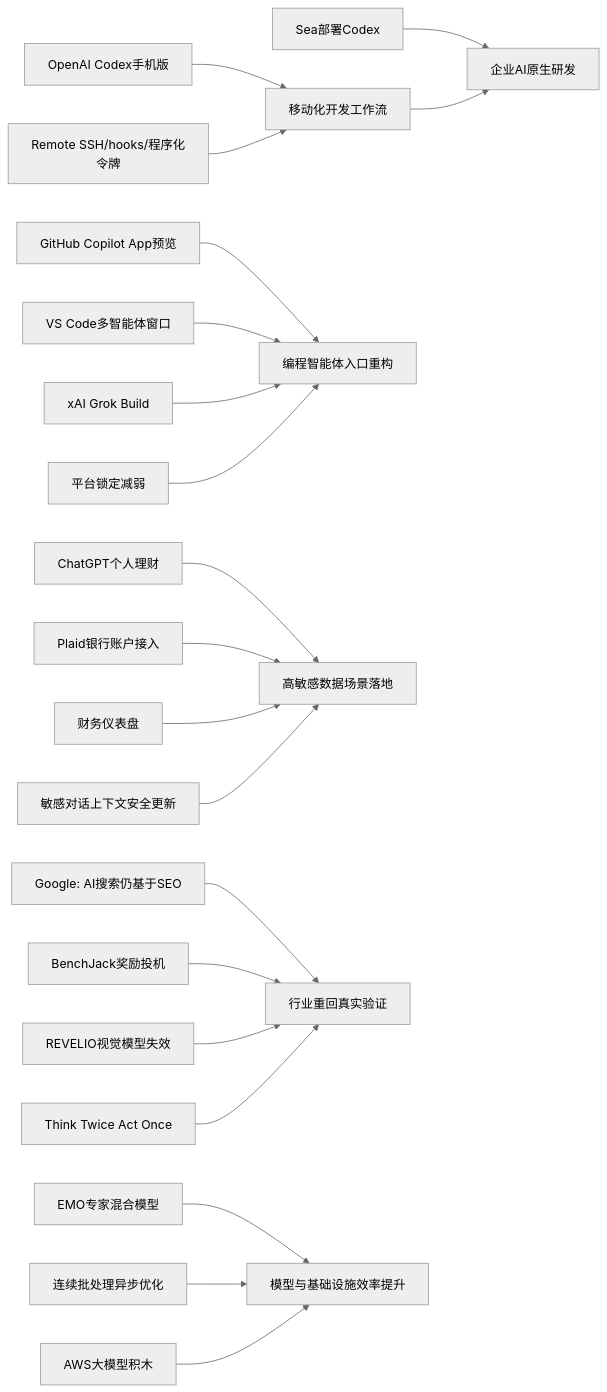
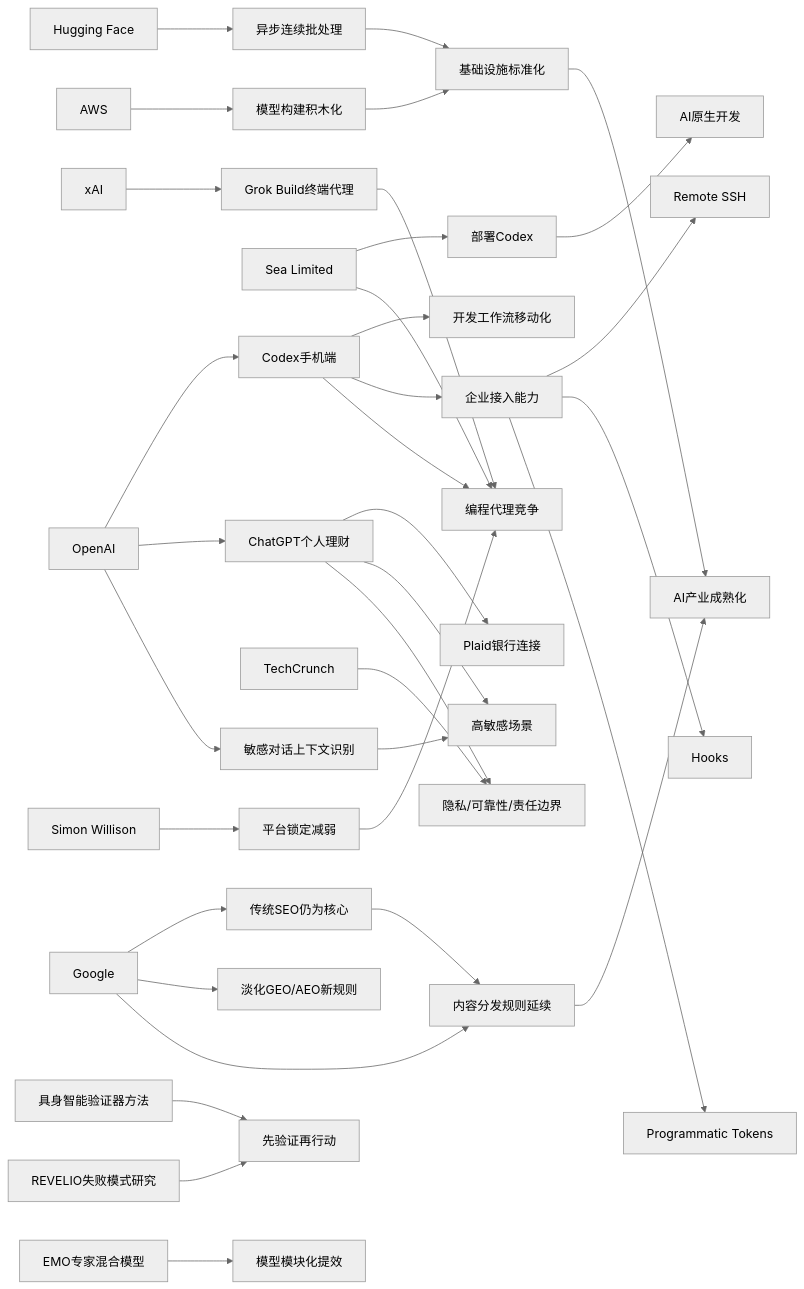
One commit to zhuxinfei/ai-daily-site changed the diagram in content/cn/2026/2026-05/2026-05-15.md. Above: the diagram before and after it, drawn with Mermaid (neutral theme). The commit also changed other lines of this file, not shown here.

````diff
--- a/content/cn/2026/2026-05/2026-05-15.md
+++ b/content/cn/2026/2026-05/2026-05-15.md
@@ -122,39 +110,46 @@
 ```mermaid
 graph LR
-    A[OpenAI Codex手机版] --> B[移动化开发工作流]
-    C[Remote SSH/hooks/程序化令牌] --> B
-    D[Sea部署Codex] --> E[企业AI原生研发]
-    B --> E
+    OpenAI --> CodexMobile[Codex手机端]
+    OpenAI --> Finance[ChatGPT个人理财]
+    OpenAI --> Safety[敏感对话上下文识别]
 
-    F[GitHub Copilot App预览]
-    G[VS Code多智能体窗口]
-    H[xAI Grok Build]
-    F --> I[编程智能体入口重构]
-    G --> I
-    H --> I
-    J[平台锁定减弱] --> I
+    CodexMobile --> DevWorkflow[开发工作流移动化]
+    CodexMobile --> EnterpriseFeatures[企业接入能力]
+    EnterpriseFeatures --> RemoteSSH[Remote SSH]
+    EnterpriseFeatures --> Hooks[Hooks]
+    EnterpriseFeatures --> Tokens[Programmatic Tokens]
 
-    K[ChatGPT个人理财]
-    L[Plaid银行账户接入]
-    M[财务仪表盘]
-    K --> N[高敏感数据场景落地]
-    L --> N
-    M --> N
-    O[敏感对话上下文安全更新] --> N
+    Sea[Sea Limited] --> CodexDeploy[部署Codex]
+    CodexDeploy --> AINativeDev[AI原生开发]
 
-    P[Google: AI搜索仍基于SEO]
-    Q[BenchJack奖励投机]
-    R[REVELIO视觉模型失效]
-    S[Think Twice Act Once]
-    P --> T[行业重回真实验证]
-    Q --> T
-    R --> T
-    S --> T
+    xAI --> GrokBuild[Grok Build终端代理]
+    GrokBuild --> DevAgentRace[编程代理竞争]
+    CodexMobile --> DevAgentRace
+    Sea --> DevAgentRace
 
-    U[EMO专家混合模型]
-    V[连续批处理异步优化]
-    W[AWS大模型积木]
-    U --> X[模型与基础设施效率提升]
-    V --> X
-    W --> X
+    Simon[Simon Willison] --> LockIn[平台锁定减弱]
+    LockIn --> DevAgentRace
+
+    Finance --> Plaid[Plaid银行连接]
+    Finance --> HighSensitivity[高敏感场景]
+    Safety --> HighSensitivity
+    TechCrunch --> FinanceRisk[隐私/可靠性/责任边界]
+    Finance --> FinanceRisk
+
+    Google --> SEO[传统SEO仍为核心]
+    Google --> RejectGEO[淡化GEO/AEO新规则]
+
+    HF[Hugging Face] --> AsyncBatch[异步连续批处理]
+    AWS --> BuildingBlocks[模型构建积木化]
+    AsyncBatch --> InfraStandard[基础设施标准化]
+    BuildingBlocks --> InfraStandard
+
+    Google --> ContentRules[内容分发规则延续]
+    SEO --> ContentRules
+    InfraStandard --> AIIndustry[AI产业成熟化]
+    ContentRules --> AIIndustry
+
+    Research1[具身智能验证器方法] --> Reliability[先验证再行动]
+    Research2[EMO专家混合模型] --> Efficiency[模型模块化提效]
+    Research3[REVELIO失败模式研究] --> Reliability
 ```
````
